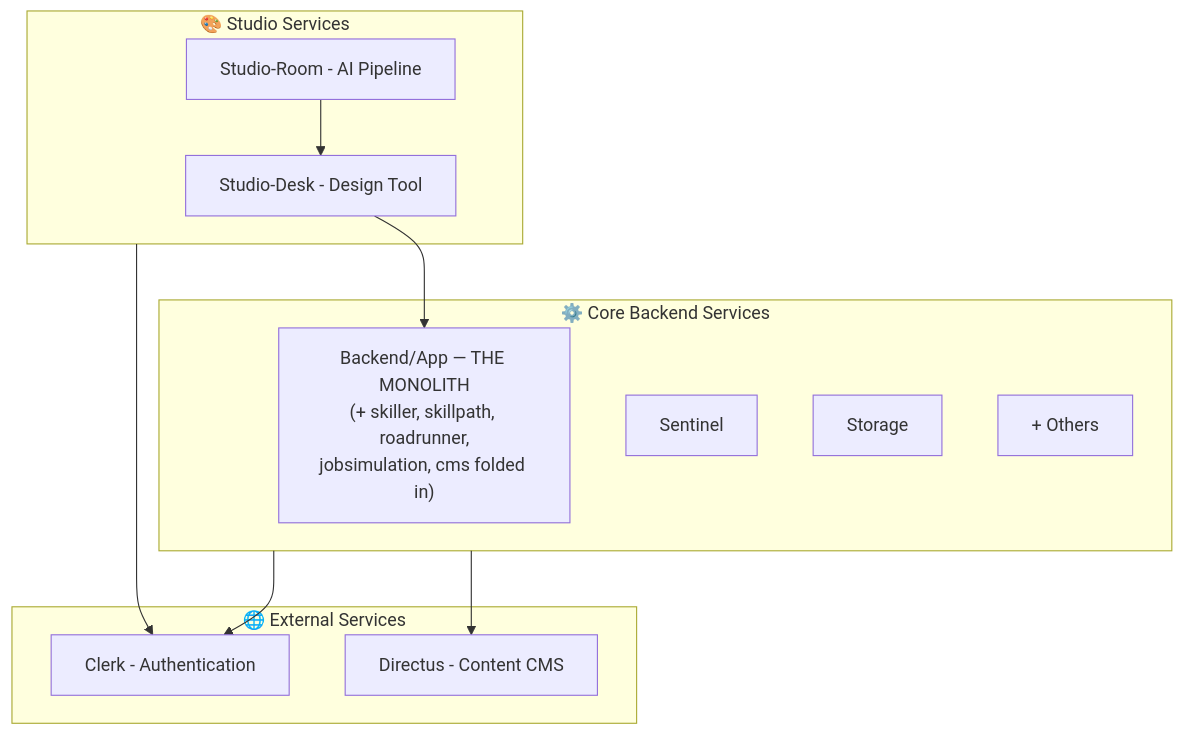
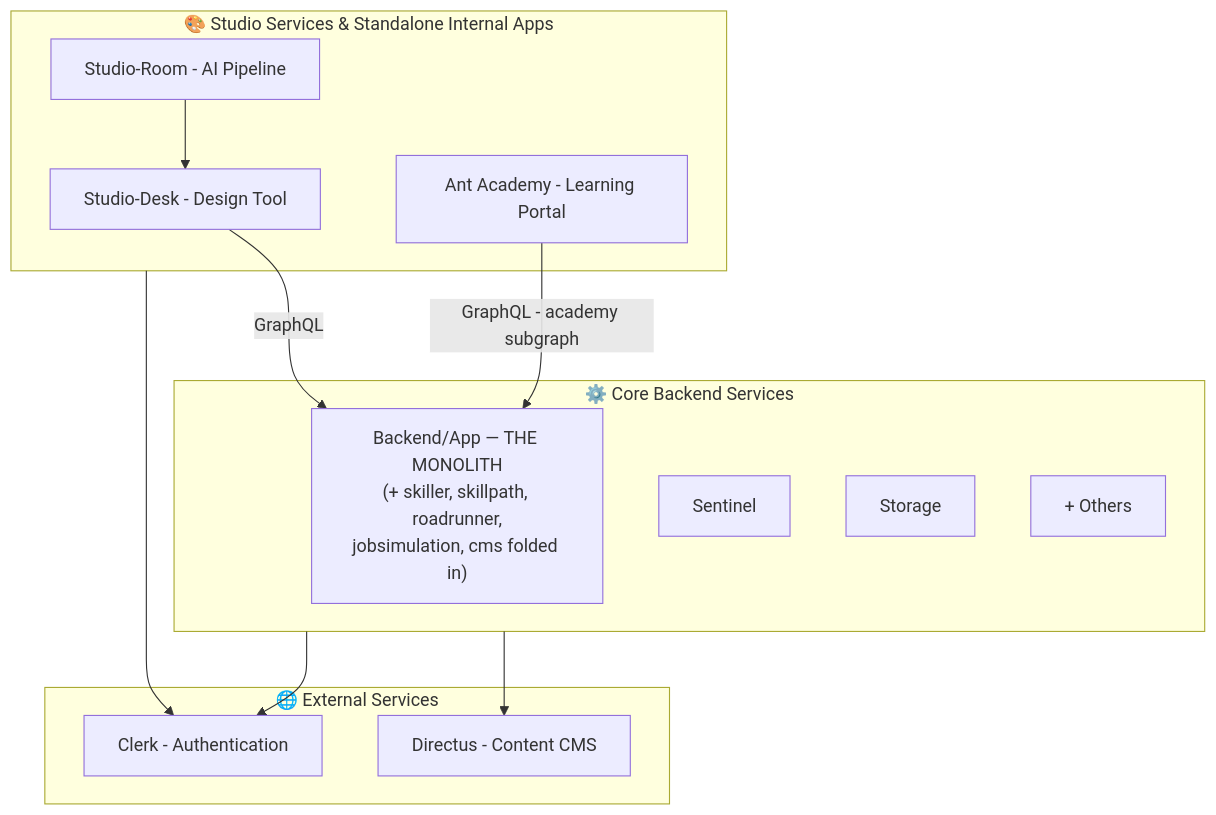
Before and after one commit to anthropos-work/rosetta: the diagram in corpus/architecture/service_taxonomy.md, drawn with Mermaid. The commit also changed other lines of this file and 24 other files, not shown here.

````diff
--- a/corpus/architecture/service_taxonomy.md
+++ b/corpus/architecture/service_taxonomy.md
@@ -16,25 +16,27 @@
 ```mermaid
 graph TB
     subgraph External["🌐 External Services"]
         Clerk[Clerk - Authentication]
         Directus[Directus - Content CMS]
     end
     
-    subgraph Studio["🎨 Studio Services"]
+    subgraph Studio["🎨 Studio Services & Standalone Internal Apps"]
         Desk[Studio-Desk - Design Tool]
         Room[Studio-Room - AI Pipeline]
+        Academy[Ant Academy - Learning Portal]
     end
     
     subgraph Core["⚙️ Core Backend Services"]
         Backend["Backend/App — THE MONOLITH<br/>(+ skiller, skillpath, roadrunner,<br/>jobsimulation, cms folded in)"]
         Sentinel[Sentinel]
         Storage[Storage]
         Others[+ Others]
     end
     
-    Desk --> Backend
+    Desk -->|GraphQL| Backend
+    Academy -->|GraphQL - academy subgraph| Backend
     Room --> Desk
     Core --> Directus
     Studio --> Clerk
     Core --> Clerk
 ```
````
